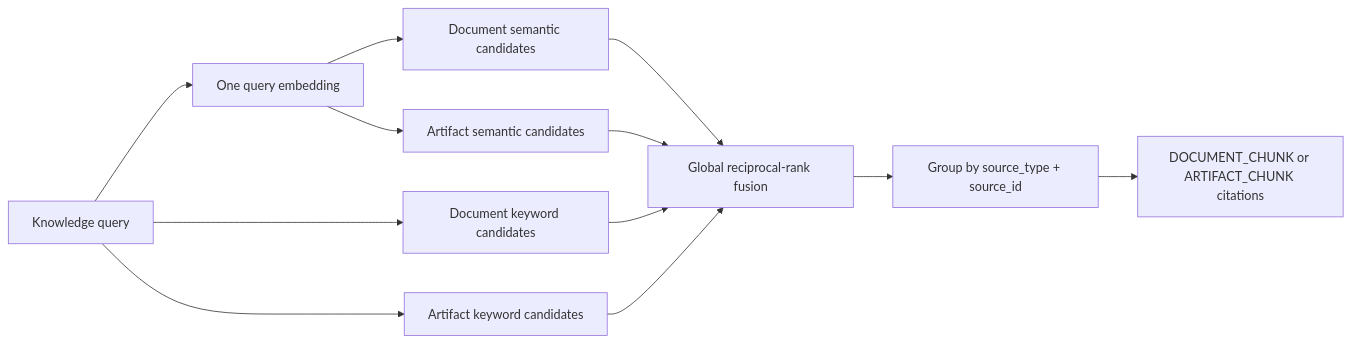
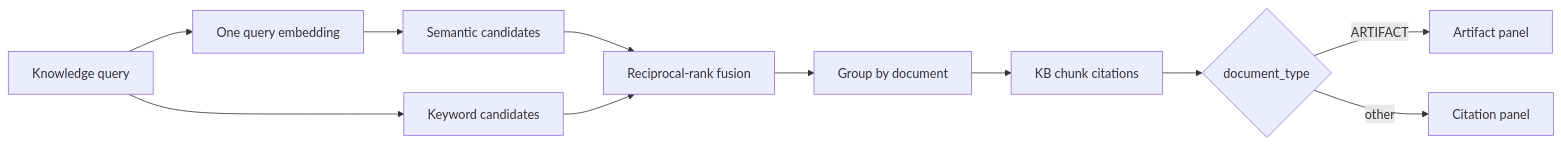
The fourth of 5 diagrams in plans/git-native-kb/00b-diagrams.md (MODSetter/SurfSense), drawn with Mermaid before and after one commit. The commit also changed other lines of this file and 12 other files, not shown here.

````diff
--- a/plans/git-native-kb/00b-diagrams.md
+++ b/plans/git-native-kb/00b-diagrams.md
@@ -54,14 +50,13 @@
 ```mermaid
 flowchart LR
   Q["Knowledge query"] --> EMB["One query embedding"]
-  EMB --> DSEM["Document semantic candidates"]
-  EMB --> ASEM["Artifact semantic candidates"]
-  Q --> DKEY["Document keyword candidates"]
-  Q --> AKEY["Artifact keyword candidates"]
-  DSEM --> FUSE["Global reciprocal-rank fusion"]
-  ASEM --> FUSE
-  DKEY --> FUSE
-  AKEY --> FUSE
-  FUSE --> GROUP["Group by source_type + source_id"]
-  GROUP --> CITE["DOCUMENT_CHUNK or ARTIFACT_CHUNK citations"]
+  EMB --> SEM["Semantic candidates"]
+  Q --> KEY["Keyword candidates"]
+  SEM --> FUSE["Reciprocal-rank fusion"]
+  KEY --> FUSE
+  FUSE --> GROUP["Group by document"]
+  GROUP --> CITE["KB chunk citations"]
+  CITE --> ROUTE{"document_type"}
+  ROUTE -->|ARTIFACT| APANEL["Artifact panel"]
+  ROUTE -->|other| DPANEL["Citation panel"]
 ```
````
